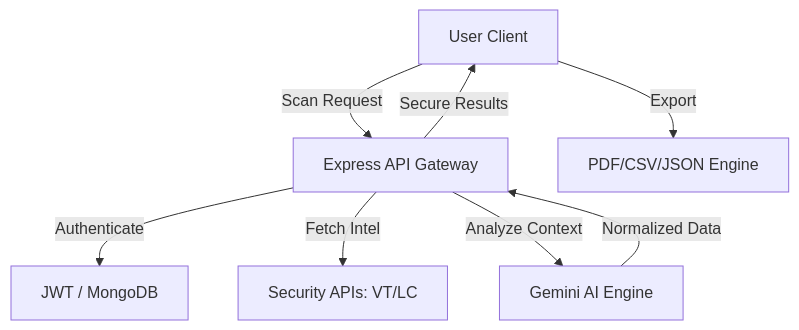
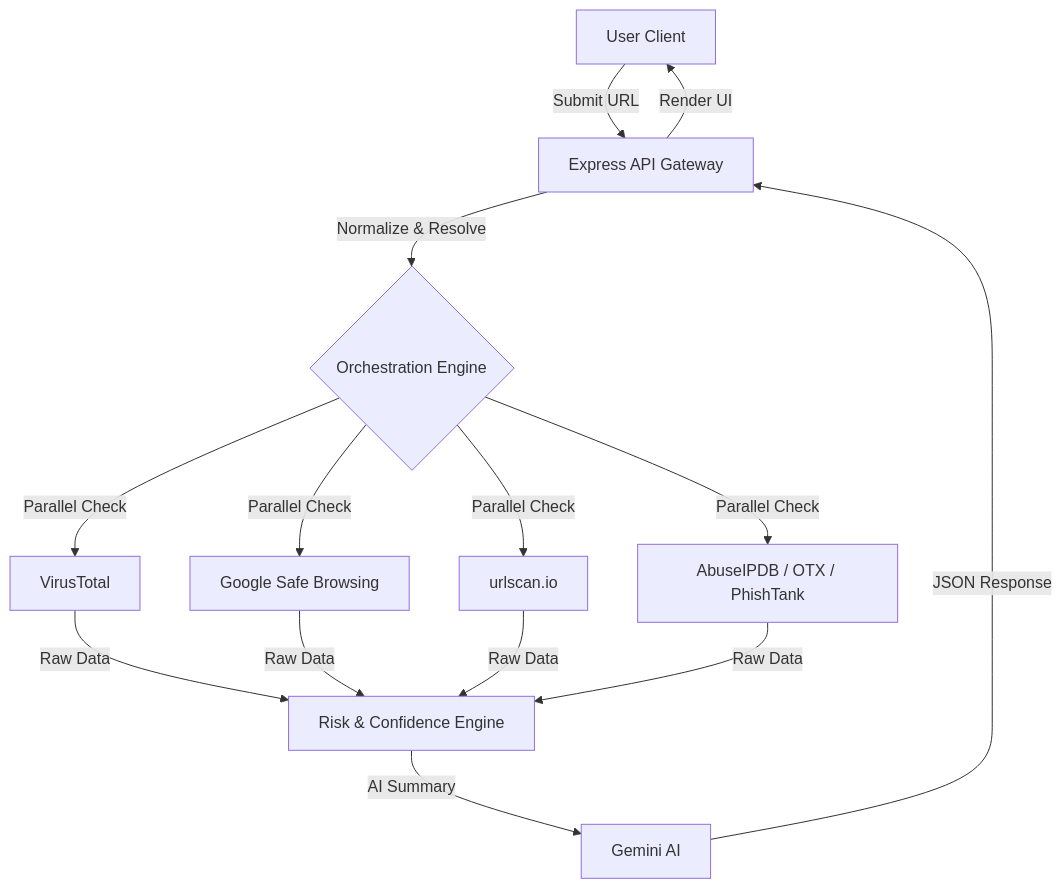
Before and after one commit to RushiBhosale153/SafeNet-AI: the diagram in README.md, drawn with Mermaid. The commit also changed other lines of this file and 22 other files, not shown here.

````diff
--- a/README.md
+++ b/README.md
@@ -62,10 +41,13 @@
 ```mermaid
 graph TD
-    A[User Client] -->|Scan Request| B[Express API Gateway]
-    B -->|Authenticate| C[JWT / MongoDB]
-    B -->|Fetch Intel| D[Security APIs: VT/LC]
-    B -->|Analyze Context| E[Gemini AI Engine]
-    E -->|Normalized Data| B
-    B -->|Secure Results| A
-    A -->|Export| F[PDF/CSV/JSON Engine]
+    A[User Client] -->|Submit URL| B[Express API Gateway]
+    B -->|Normalize & Resolve| C{Orchestration Engine}
+    C -->|Parallel Check| D[VirusTotal]
+    C -->|Parallel Check| E[Google Safe Browsing]
+    C -->|Parallel Check| F[urlscan.io]
+    C -->|Parallel Check| G[AbuseIPDB / OTX / PhishTank]
+    D & E & F & G -->|Raw Data| H[Risk & Confidence Engine]
+    H -->|AI Summary| I[Gemini AI]
+    I -->|JSON Response| B
+    B -->|Render UI| A
 ```
````
